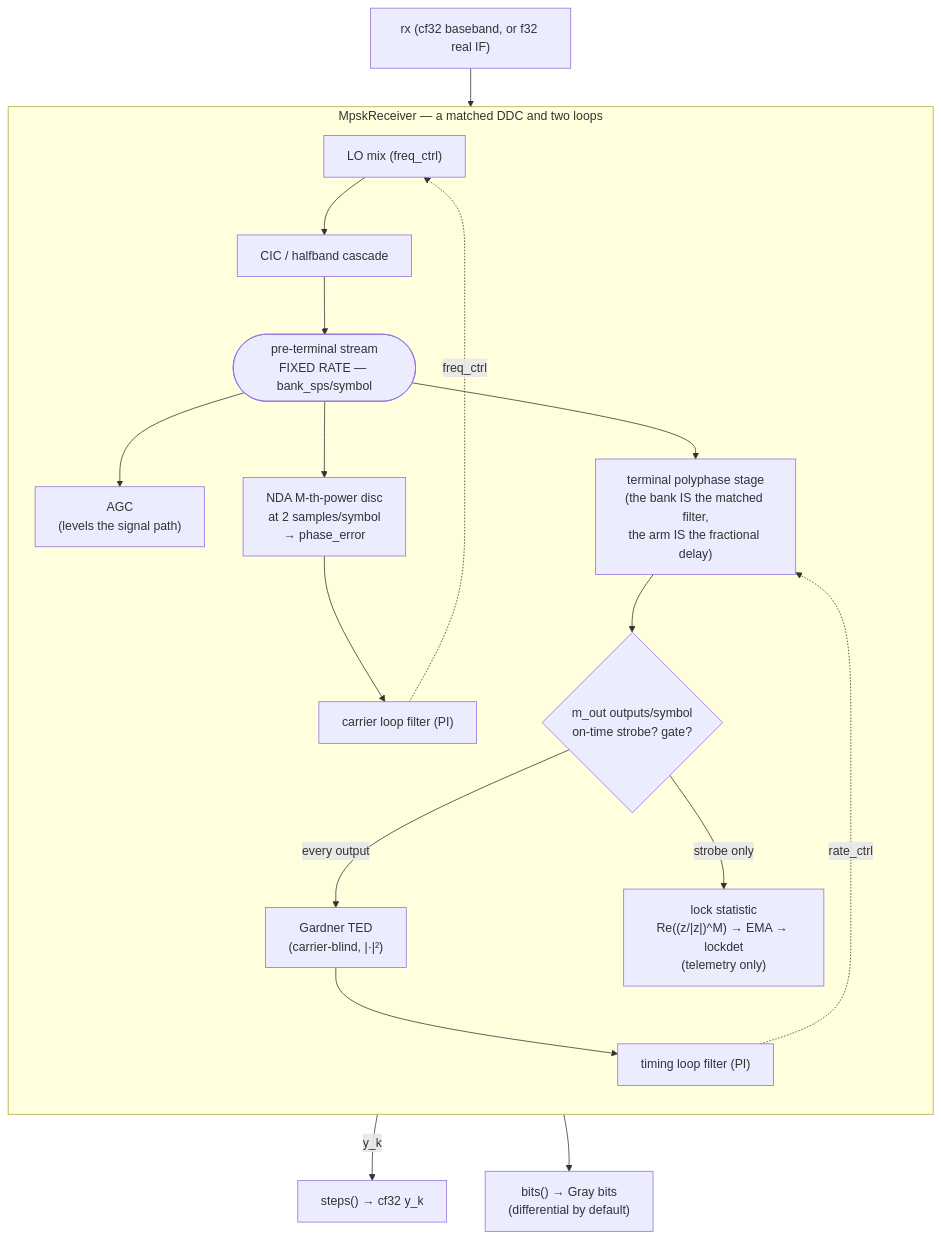
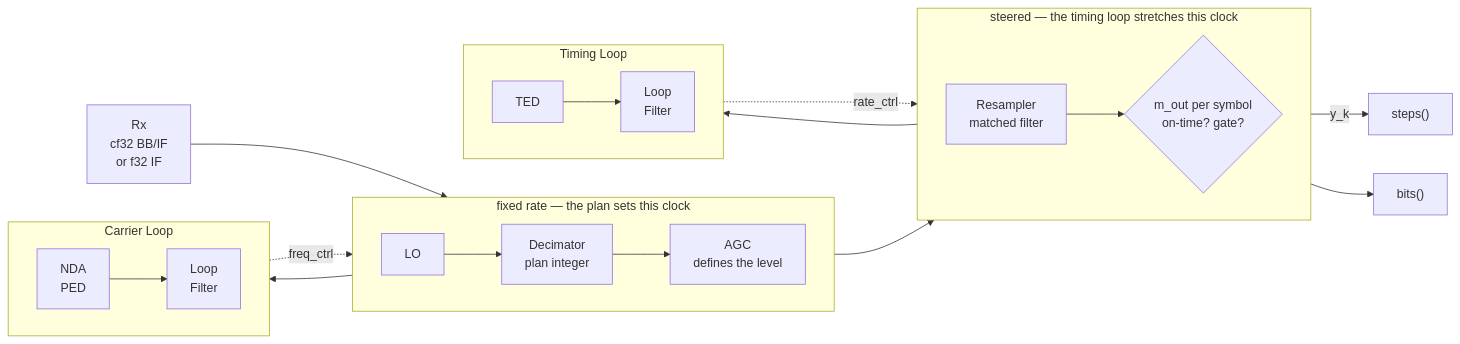
The diagram in docs/design/mpsk.md (doppler-dsp/doppler), drawn with Mermaid before and after one commit.

````diff
--- a/docs/design/mpsk.md
+++ b/docs/design/mpsk.md
@@ -52,29 +52,37 @@
 ```mermaid
-flowchart TB
-    IN["rx (cf32 baseband, or f32 real IF)"]
-    subgraph RX["MpskReceiver — a matched DDC and two loops"]
-        direction TB
-        LO["LO mix (freq_ctrl)"]
-        CAS["CIC / halfband cascade"]
-        PRE(["pre-terminal stream<br/>FIXED RATE — bank_sps/symbol"])
-        AGC["AGC<br/>(levels the signal path)"]
-        NDA["NDA M-th-power disc<br/>at 2 samples/symbol<br/>→ phase_error"]
-        CLF["carrier loop filter (PI)"]
-        TERM["terminal polyphase stage<br/>(the bank IS the matched filter,<br/>the arm IS the fractional delay)"]
-        STROBE{"m_out outputs/symbol<br/>on-time strobe? gate?"}
-        TED["Gardner TED<br/>(carrier-blind, |·|²)"]
-        TLF["timing loop filter (PI)"]
-        LOCK["lock statistic<br/>Re((z/|z|)^M) → EMA → lockdet<br/>(telemetry only)"]
-        LO --> CAS --> PRE
-        PRE --> AGC
-        PRE --> NDA --> CLF
-        CLF -.->|"freq_ctrl"| LO
-        PRE --> TERM --> STROBE
-        STROBE -->|"every output"| TED --> TLF
-        TLF -.->|"rate_ctrl"| TERM
-        STROBE -->|"strobe only"| LOCK
+flowchart LR
+    IN["Rx<br/>cf32 BB/IF<br/>or f32 IF"]
+
+    subgraph FIXED["fixed rate — the plan sets this clock"]
+        direction LR
+        LO["LO"]
+        DEC["Decimator<br/>plan integer"]
+        AGC["AGC<br/>defines the level"]
+        LO --> DEC --> AGC
     end
+
+    subgraph STEERED["steered — the timing loop stretches this clock"]
+        direction LR
+        MF["Resampler<br/>matched filter"]
+        STROBE{"m_out per symbol<br/>on-time? gate?"}
+        MF --> STROBE
+    end
+
+    subgraph CAR["Carrier Loop"]
+        direction LR
+        PED["NDA<br/>PED"] --> LOLF["Loop<br/>Filter"]
+    end
+
+    subgraph TL["Timing Loop"]
+        direction LR
+        TED["TED"] --> TLF["Loop<br/>Filter"]
+    end
+
     IN --> LO
-    STROBE -->|"y_k"| OUT["steps() → cf32 y_k"]
-    STROBE --> BITS["bits() → Gray bits<br/>(differential by default)"]
+    AGC --> MF & PED
+    STROBE --> TED
+    LOLF -.->|"freq_ctrl"| LO
+    TLF -.->|"rate_ctrl"| MF
+    STROBE -->|"y_k"| OUT["steps()"]
+    STROBE --> BITS["bits()"]
 ```
````
